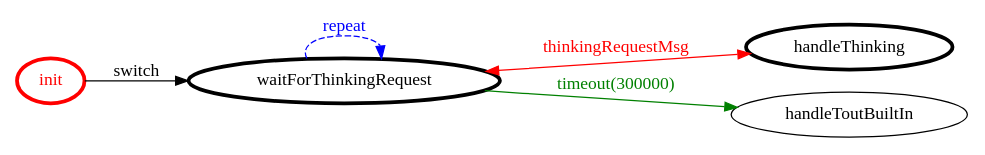
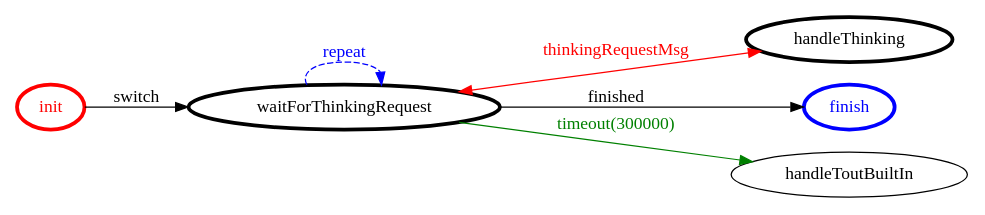
The diagram in Progettazione/EclipseProjects/it.unibo.iss.temaFinaleReqOpz/srcMore/it/unibo/qamindofrobotproban/qamindofrobotproban.gv (Davide-DD/cleaning-robot), drawn with Graphviz before and after one commit. The commit also changed 28 other files, not shown here.

```diff
--- a/Progettazione/EclipseProjects/it.unibo.iss.temaFinaleReqOpz/srcMore/it/unibo/qamindofrobotproban/qamindofrobotproban.gv
+++ b/Progettazione/EclipseProjects/it.unibo.iss.temaFinaleReqOpz/srcMore/it/unibo/qamindofrobotproban/qamindofrobotproban.gv
@@ -1,20 +1,22 @@
 /*
 *
 * A GraphViz DOT FSM description 
 * Please use a GraphViz visualizer (like http://www.webgraphviz.com)
 *  
 */
 
 digraph finite_state_machine {
 	rankdir=LR
 	size="8,5"
 	
 	init [ color = red ][ fontcolor = red ][ penwidth = 3 ]
 	handleThinking [ color = black ][ fontcolor = black ][ penwidth = 3 ]
 	waitForThinkingRequest [ color = black ][ fontcolor = black ][ penwidth = 3 ]
+	finish [ color = blue ][ fontcolor = blue ][ penwidth = 3 ]
 	
 	waitForThinkingRequest -> handleToutBuiltIn [ label = "timeout(300000)" ][ color = green ][ fontcolor = green ]
+	waitForThinkingRequest -> finish [ label = "finished" ][ color = black ][ fontcolor = black ]
 	waitForThinkingRequest -> waitForThinkingRequest [ label = "repeat "][ style = dashed ][ color = blue ][ fontcolor = blue ]
 	waitForThinkingRequest -> handleThinking [ label = "thinkingRequestMsg" ][ color = red ][ fontcolor = red ][ dir = both ]
 	init -> waitForThinkingRequest [ label = "switch" ][ color = black ][ fontcolor = black ]
 }
```
